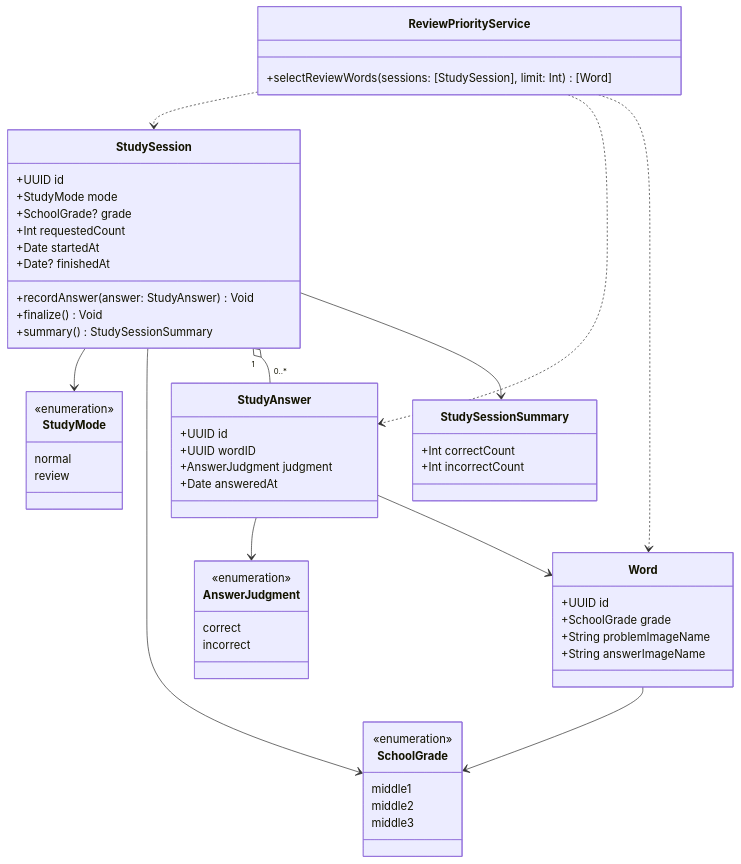
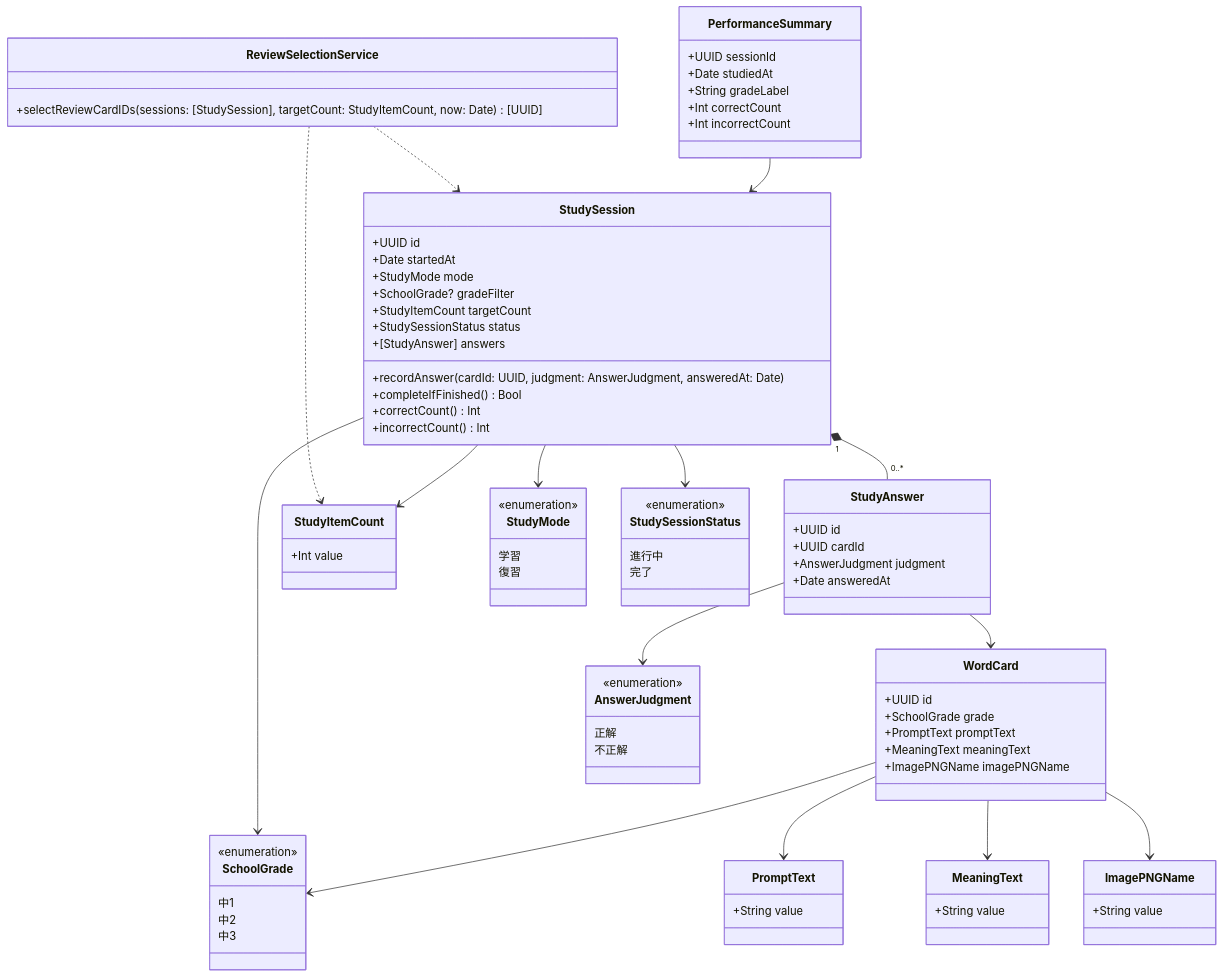
Before and after one commit to suterusu/ImageAnki: the diagram in docs/domain/DomainModel.md, drawn with Mermaid. The commit also changed other lines of this file and 133 other files, not shown here.

````diff
--- a/docs/domain/DomainModel.md
+++ b/docs/domain/DomainModel.md
@@ -3,67 +3,102 @@
 ```mermaid
 classDiagram
-    class Word {
-      +UUID id
-      +SchoolGrade grade
-      +String problemImageName
-      +String answerImageName
-    }
+  class WordCard {
+    +UUID id
+    +SchoolGrade grade
+    +PromptText promptText
+    +MeaningText meaningText
+    +ImagePNGName imagePNGName
+  }
 
-    class StudySession {
-      +UUID id
-      +StudyMode mode
-      +SchoolGrade? grade
-      +Int requestedCount
-      +Date startedAt
-      +Date? finishedAt
-      +recordAnswer(answer: StudyAnswer) Void
-      +finalize() Void
-      +summary() StudySessionSummary
-    }
+  class StudySession {
+    +UUID id
+    +Date startedAt
+    +StudyMode mode
+    +SchoolGrade? gradeFilter
+    +StudyItemCount targetCount
+    +StudySessionStatus status
+    +[StudyAnswer] answers
+    +recordAnswer(cardId: UUID, judgment: AnswerJudgment, answeredAt: Date)
+    +completeIfFinished() Bool
+    +correctCount() Int
+    +incorrectCount() Int
+  }
 
-    class StudyAnswer {
-      +UUID id
-      +UUID wordID
-      +AnswerJudgment judgment
-      +Date answeredAt
-    }
+  class StudyAnswer {
+    +UUID id
+    +UUID cardId
+    +AnswerJudgment judgment
+    +Date answeredAt
+  }
 
-    class StudySessionSummary {
-      +Int correctCount
-      +Int incorrectCount
-    }
+  class PerformanceSummary {
+    +UUID sessionId
+    +Date studiedAt
+    +String gradeLabel
+    +Int correctCount
+    +Int incorrectCount
+  }
 
-    class ReviewPriorityService {
-      +selectReviewWords(sessions: [StudySession], limit: Int) [Word]
-    }
+  class StudyItemCount {
+    +Int value
+  }
 
-    class SchoolGrade {
-      <<enumeration>>
-      middle1
-      middle2
-      middle3
-    }
+  class PromptText {
+    +String value
+  }
 
-    class StudyMode {
-      <<enumeration>>
-      normal
-      review
-    }
+  class MeaningText {
+    +String value
+  }
 
-    class AnswerJudgment {
-      <<enumeration>>
-      correct
-      incorrect
-    }
+  class ImagePNGName {
+    +String value
+  }
 
-    Word --> SchoolGrade
-    StudySession --> StudyMode
-    StudySession --> SchoolGrade
-    StudySession "1" o-- "0..*" StudyAnswer
-    StudySession --> StudySessionSummary
-    StudyAnswer --> AnswerJudgment
-    StudyAnswer --> Word
-    ReviewPriorityService ..> StudySession
-    ReviewPriorityService ..> StudyAnswer
-    ReviewPriorityService ..> Word
+  class ReviewSelectionService {
+    +selectReviewCardIDs(sessions: [StudySession], targetCount: StudyItemCount, now: Date) [UUID]
+  }
+
+  class SchoolGrade {
+    <<enumeration>>
+    中1
+    中2
+    中3
+  }
+
+  class StudyMode {
+    <<enumeration>>
+    学習
+    復習
+  }
+
+  class AnswerJudgment {
+    <<enumeration>>
+    正解
+    不正解
+  }
+
+  class StudySessionStatus {
+    <<enumeration>>
+    進行中
+    完了
+  }
+
+  WordCard --> SchoolGrade
+  WordCard --> PromptText
+  WordCard --> MeaningText
+  WordCard --> ImagePNGName
+
+  StudySession --> StudyMode
+  StudySession --> SchoolGrade
+  StudySession --> StudyItemCount
+  StudySession --> StudySessionStatus
+  StudySession "1" *-- "0..*" StudyAnswer
+
+  StudyAnswer --> AnswerJudgment
+  StudyAnswer --> WordCard
+
+  PerformanceSummary --> StudySession
+  ReviewSelectionService ..> StudySession
+  ReviewSelectionService ..> StudyItemCount
 ```
````
